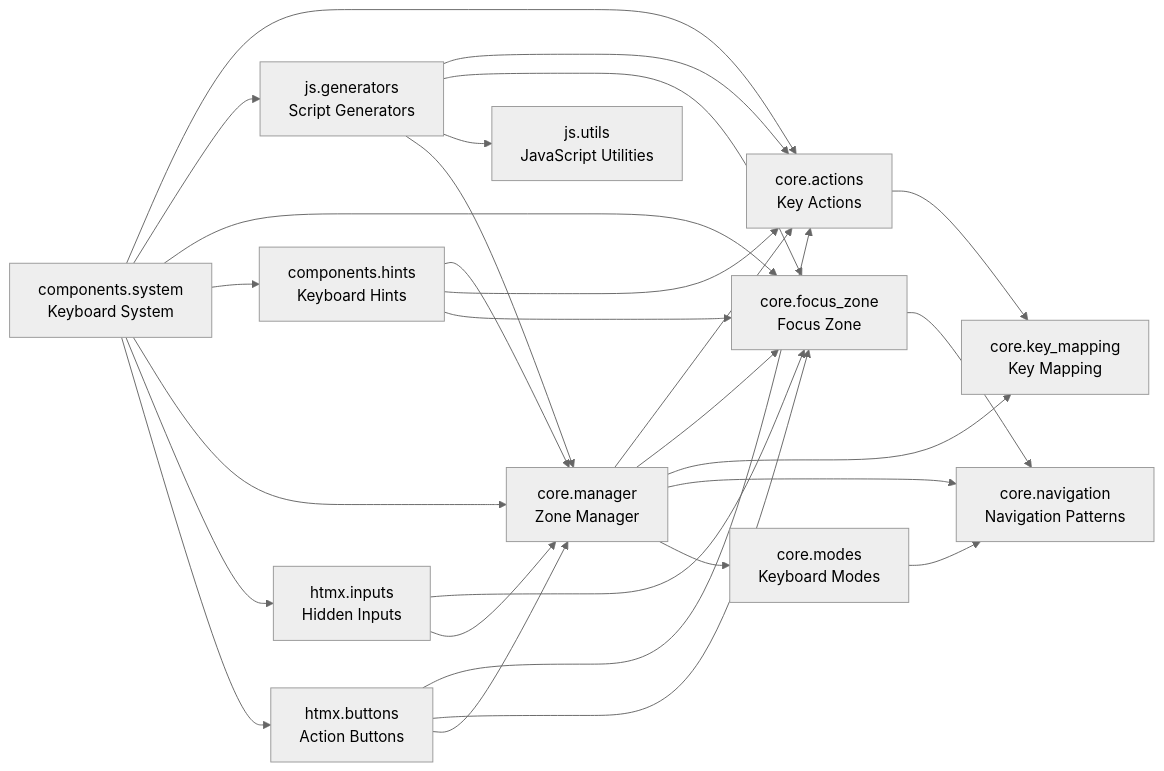
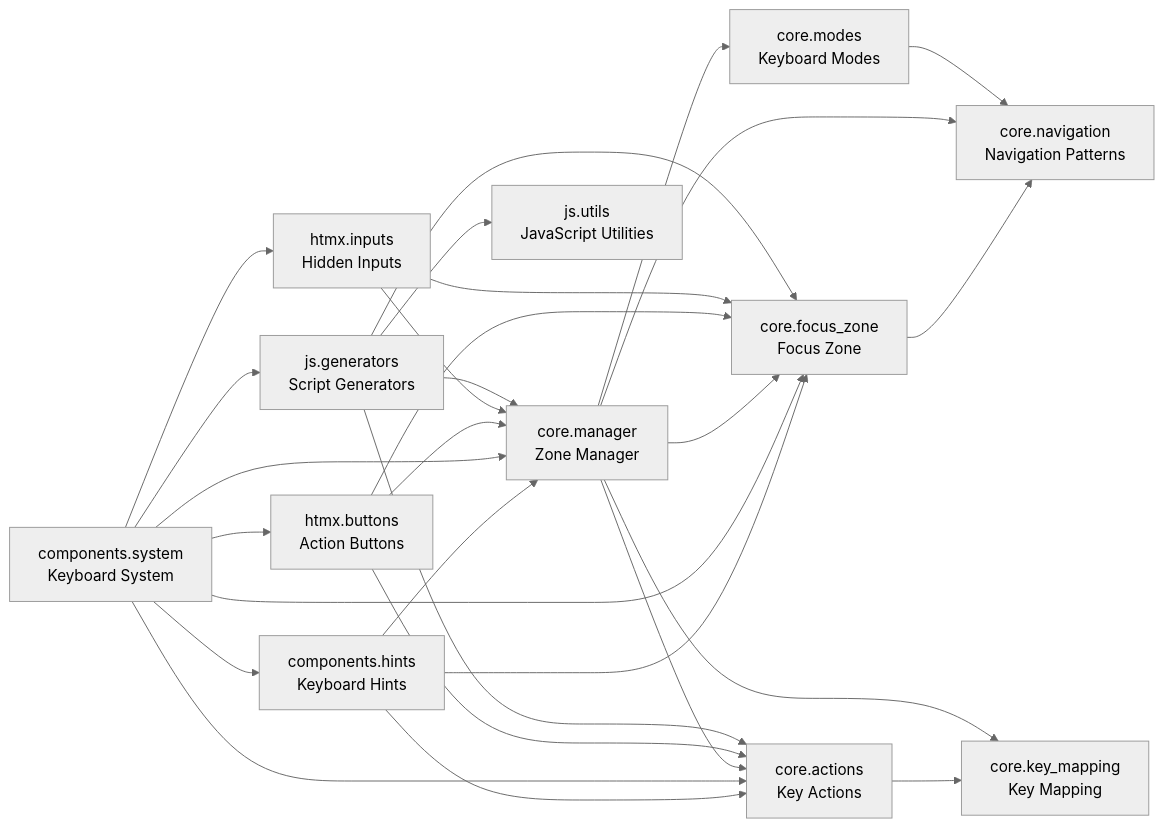
One commit to cj-mills/cjm-fasthtml-keyboard-navigation changed the diagram in README.md. Above: the diagram before and after it, drawn with Mermaid (neutral theme). The commit also changed other lines of this file and 2 other files, not shown here.

````diff
--- a/README.md
+++ b/README.md
@@ -36,43 +36,43 @@
 ``` mermaid
 graph LR
     components_hints[components.hints<br/>Keyboard Hints]
     components_system[components.system<br/>Keyboard System]
     core_actions[core.actions<br/>Key Actions]
     core_focus_zone[core.focus_zone<br/>Focus Zone]
     core_key_mapping[core.key_mapping<br/>Key Mapping]
     core_manager[core.manager<br/>Zone Manager]
     core_modes[core.modes<br/>Keyboard Modes]
     core_navigation[core.navigation<br/>Navigation Patterns]
     htmx_buttons[htmx.buttons<br/>Action Buttons]
     htmx_inputs[htmx.inputs<br/>Hidden Inputs]
     js_generators[js.generators<br/>Script Generators]
     js_utils[js.utils<br/>JavaScript Utilities]
 
-    components_hints --> core_manager
     components_hints --> core_actions
     components_hints --> core_focus_zone
-    components_system --> core_actions
+    components_hints --> core_manager
+    components_system --> htmx_inputs
+    components_system --> htmx_buttons
+    components_system --> core_manager
+    components_system --> components_hints
     components_system --> js_generators
     components_system --> core_focus_zone
-    components_system --> components_hints
-    components_system --> core_manager
-    components_system --> htmx_inputs
-    components_system --> htmx_buttons
+    components_system --> core_actions
     core_actions --> core_key_mapping
     core_focus_zone --> core_navigation
+    core_manager --> core_navigation
+    core_manager --> core_key_mapping
+    core_manager --> core_focus_zone
     core_manager --> core_actions
-    core_manager --> core_focus_zone
-    core_manager --> core_key_mapping
-    core_manager --> core_navigation
     core_manager --> core_modes
     core_modes --> core_navigation
+    htmx_buttons --> core_manager
+    htmx_buttons --> core_focus_zone
     htmx_buttons --> core_actions
-    htmx_buttons --> core_focus_zone
-    htmx_buttons --> core_manager
+    htmx_inputs --> core_manager
     htmx_inputs --> core_focus_zone
-    htmx_inputs --> core_manager
+    js_generators --> core_manager
+    js_generators --> js_utils
+    js_generators --> core_focus_zone
     js_generators --> core_actions
-    js_generators --> core_focus_zone
-    js_generators --> js_utils
-    js_generators --> core_manager
 ```
````
